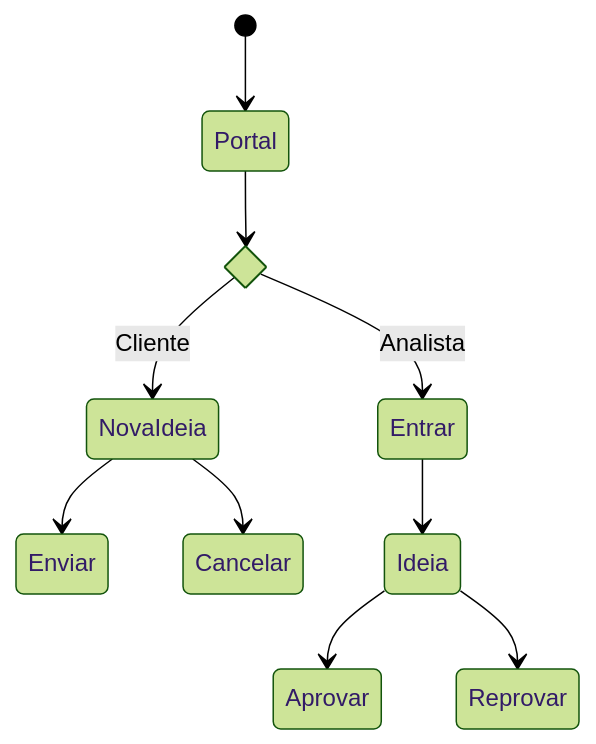
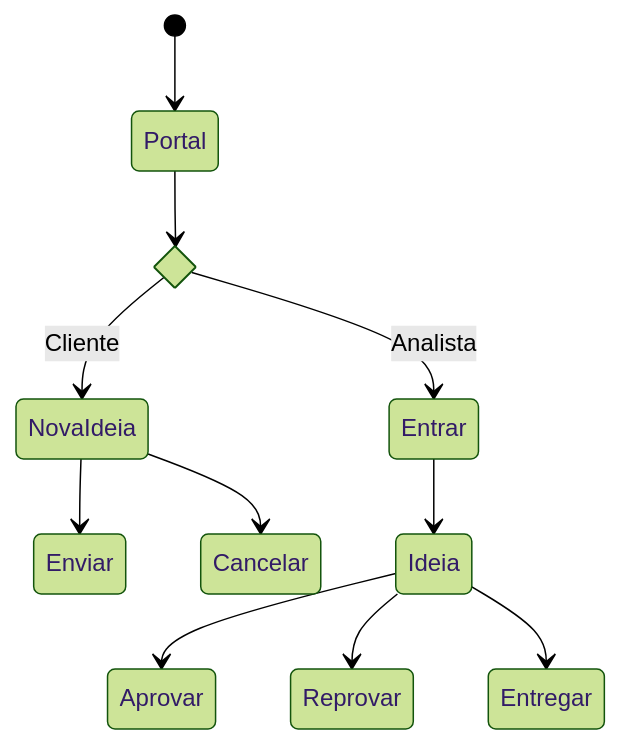
One commit to dani-marioti/Portfolio changed the first of 2 diagrams in README.md. Above: the diagram before and after it, drawn with Mermaid (forest theme). The commit also changed other lines of this file, not shown here.

````diff
--- a/README.md
+++ b/README.md
@@ -86,13 +86,14 @@
  ```mermaid
     stateDiagram-v2
       state interface <<choice>>
       [*] --> Portal
       Portal --> interface
       interface --> NovaIdeia: Cliente
       interface --> Entrar: Analista
       NovaIdeia --> Enviar
       NovaIdeia --> Cancelar
       Entrar --> Ideia
       Ideia --> Aprovar
-      Ideia --> Reprovar    
+      Ideia --> Reprovar  
+      Ideia --> Entregar
   ```
````
